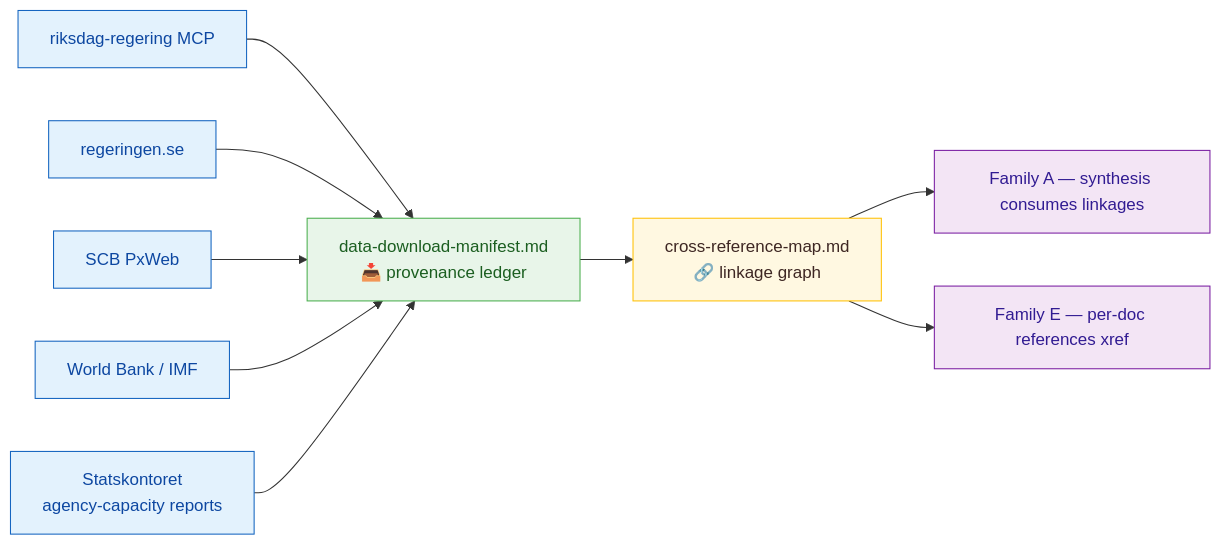
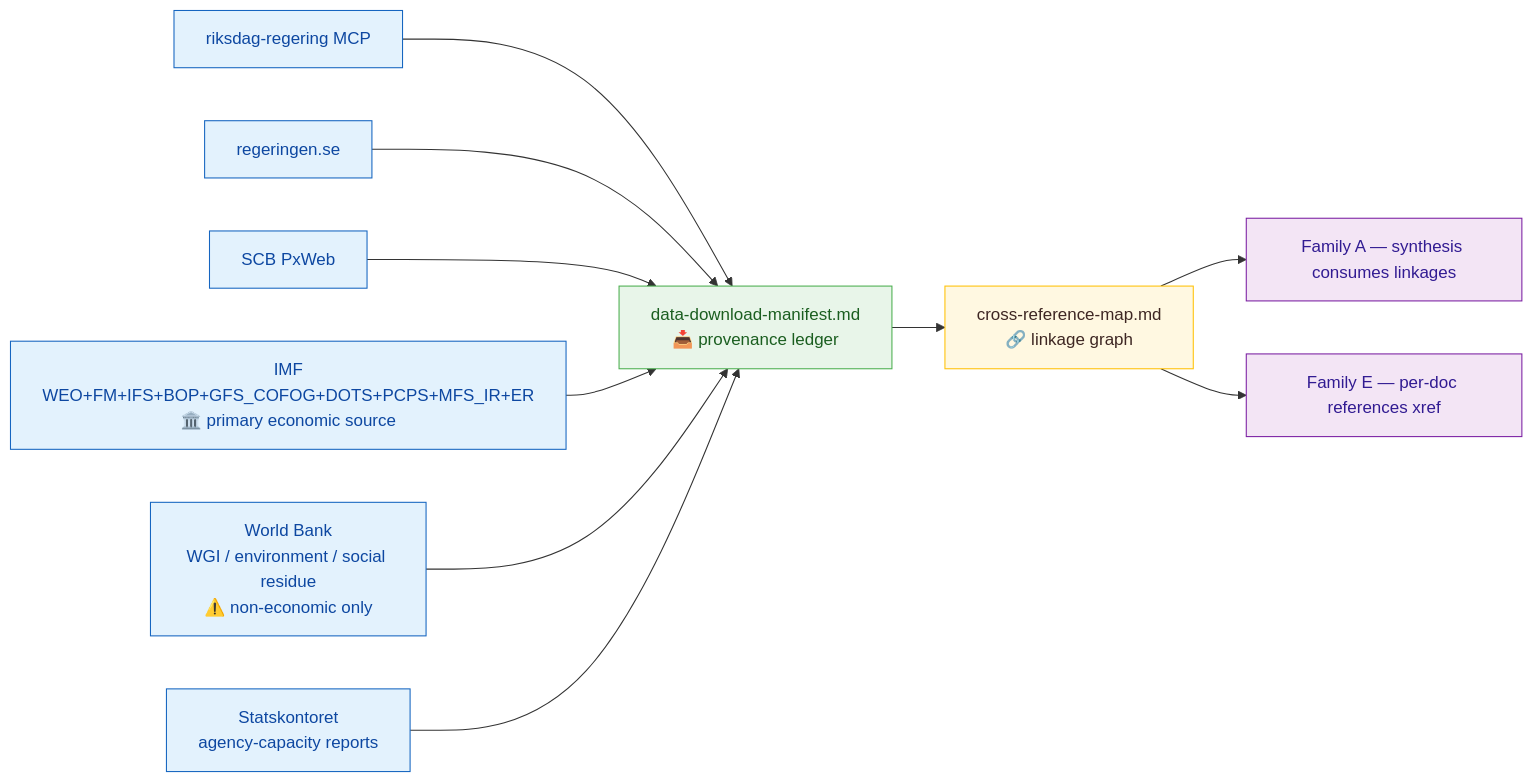
One commit to Hack23/riksdagsmonitor changed the first of 4 diagrams in analysis/methodologies/structural-metadata-methodology.md. Above: the diagram before and after it, drawn with Mermaid. The commit also changed other lines of this file and 16 other files, not shown here.

````diff
--- a/analysis/methodologies/structural-metadata-methodology.md
+++ b/analysis/methodologies/structural-metadata-methodology.md
@@ -48,25 +48,27 @@
 ```mermaid
 flowchart LR
     classDef src fill:#E3F2FD,stroke:#1565C0,color:#0D47A1
     classDef prov fill:#E8F5E9,stroke:#4CAF50,color:#1B5E20
     classDef link fill:#FFF8E1,stroke:#FFC107,color:#3E2723
     classDef out fill:#F3E5F5,stroke:#7B1FA2,color:#311B92
 
     R[riksdag-regering MCP]:::src
     G[regeringen.se]:::src
     S[SCB PxWeb]:::src
-    W[World Bank / IMF]:::src
+    W[IMF<br/>WEO+FM+IFS+BOP+GFS_COFOG+DOTS+PCPS+MFS_IR+ER<br/>🏛️ primary economic source]:::src
+    WB[World Bank<br/>WGI / environment / social residue<br/>⚠️ non-economic only]:::src
     ST[Statskontoret<br/>agency-capacity reports]:::src
 
     M[data-download-manifest.md<br/>📥 provenance ledger]:::prov
     X[cross-reference-map.md<br/>🔗 linkage graph]:::link
 
     R --> M
     G --> M
     S --> M
     W --> M
+    WB --> M
     ST --> M
     M --> X
     X --> FamilyA[Family A — synthesis consumes linkages]:::out
     X --> FamilyE[Family E — per-doc references xref]:::out
 ```
````
